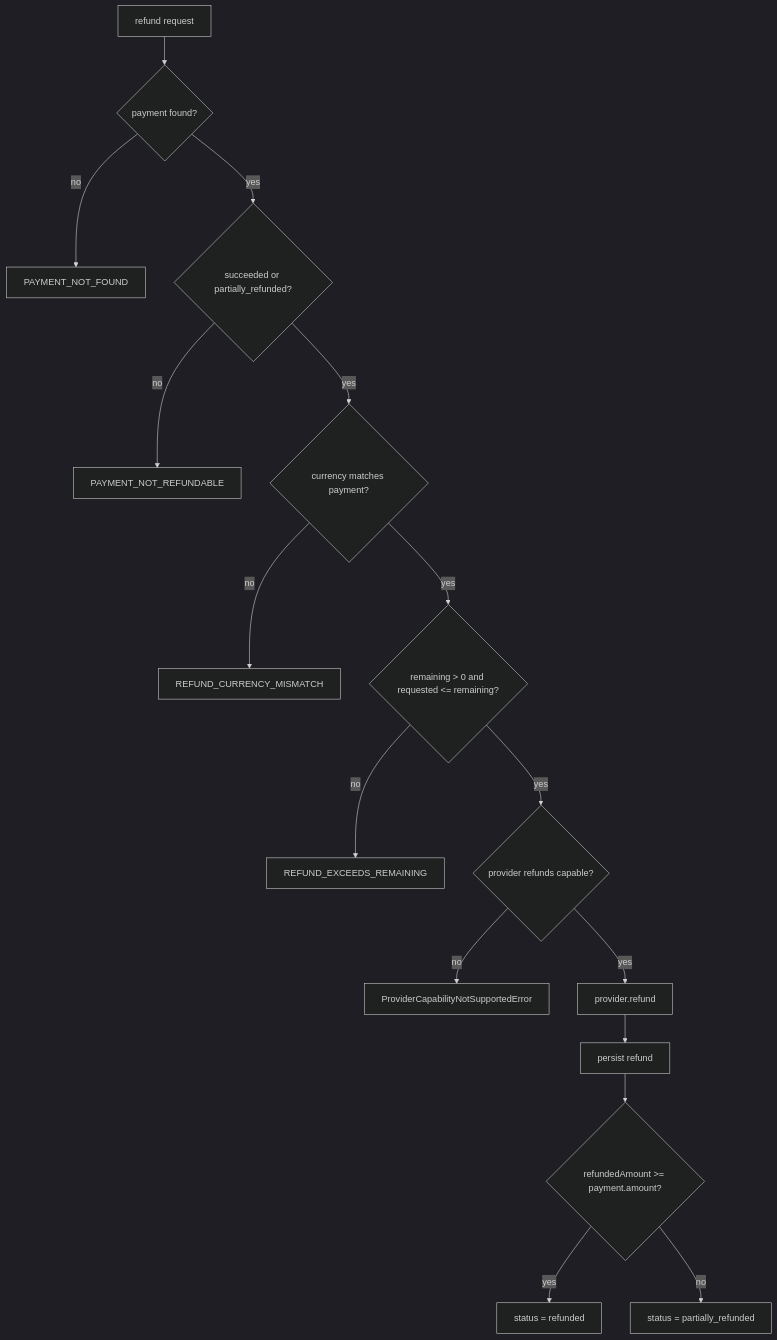
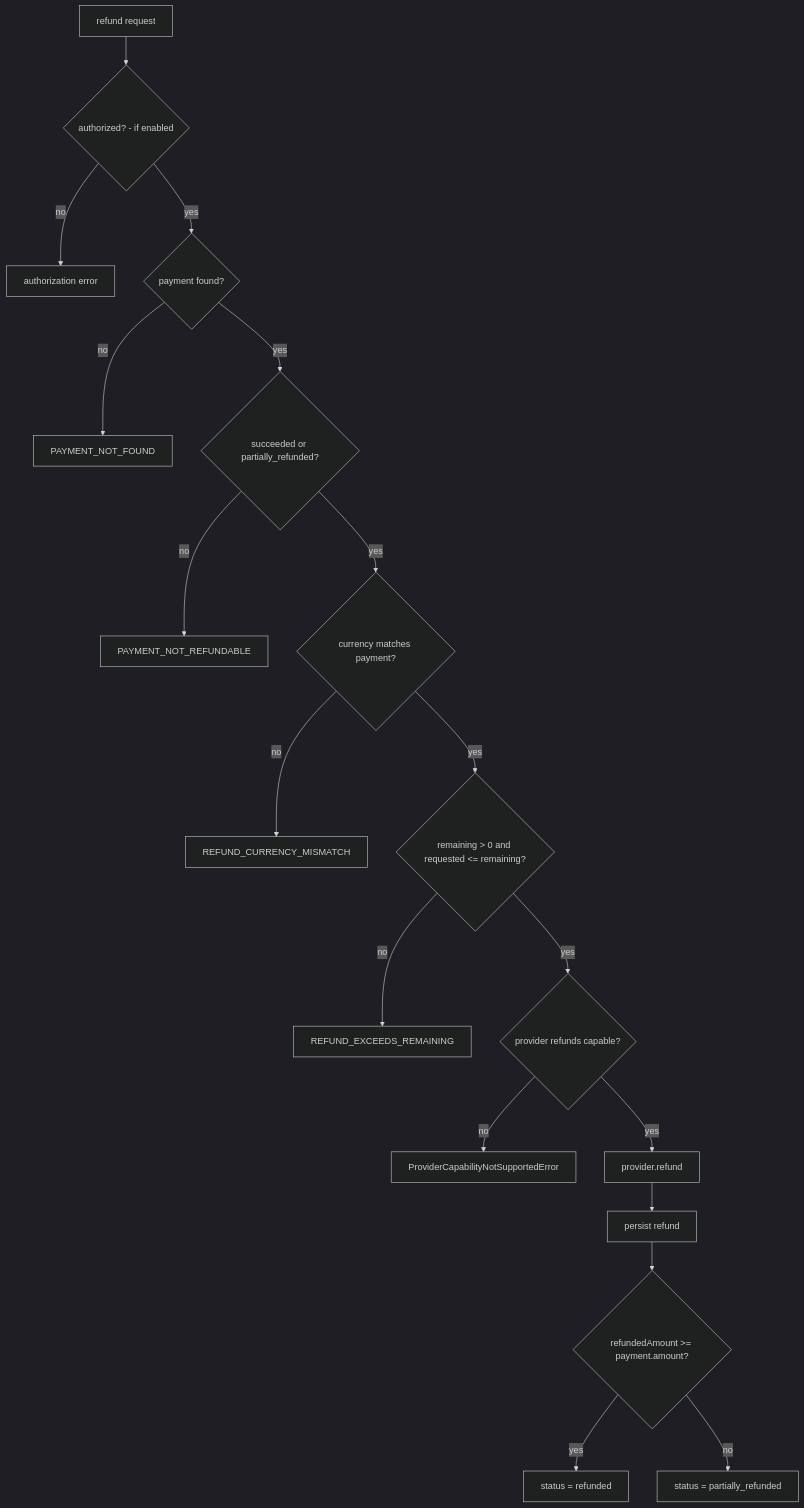
The second of 2 diagrams in _docs_src/features/11-charges-refunds.md (kidiatoliny/payable-docs), drawn with Mermaid (dark theme) before and after one commit. The commit also changed other lines of this file and 31 other files, not shown here.

````diff
--- a/_docs_src/features/11-charges-refunds.md
+++ b/_docs_src/features/11-charges-refunds.md
@@ -124,18 +133,20 @@
 ```mermaid
 flowchart TD
-    A[refund request] --> B{payment found?}
+    A[refund request] --> Z{authorized? - if enabled}
+    Z -- no --> ZE[authorization error]
+    Z -- yes --> B{payment found?}
     B -- no --> E[PAYMENT_NOT_FOUND]
     B -- yes --> R{succeeded or partially_refunded?}
     R -- no --> RN[PAYMENT_NOT_REFUNDABLE]
     R -- yes --> G{currency matches payment?}
     G -- no --> H[REFUND_CURRENCY_MISMATCH]
     G -- yes --> M{remaining > 0 and requested <= remaining?}
     M -- no --> N[REFUND_EXCEEDS_REMAINING]
     M -- yes --> C{provider refunds capable?}
     C -- no --> F[ProviderCapabilityNotSupportedError]
     C -- yes --> D[provider.refund]
     D --> I[persist refund]
     I --> J{refundedAmount >= payment.amount?}
     J -- yes --> K[status = refunded]
     J -- no --> L[status = partially_refunded]
 ```
````
